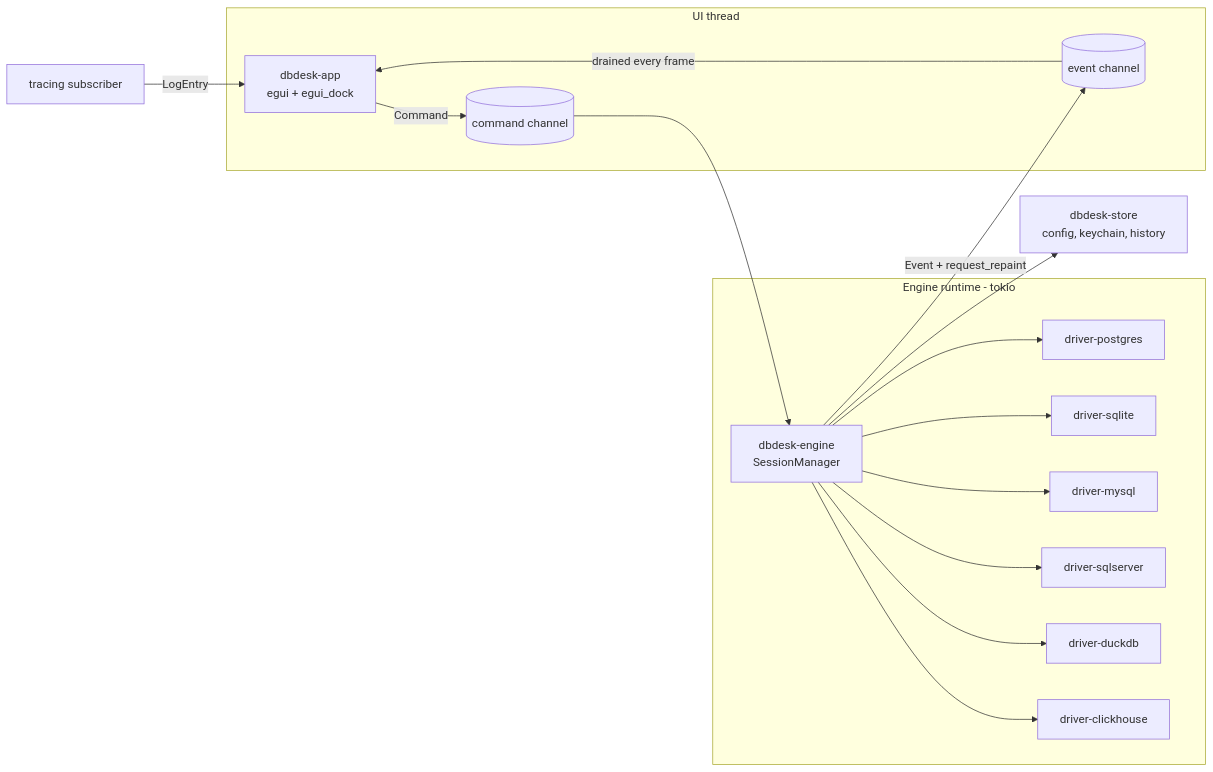
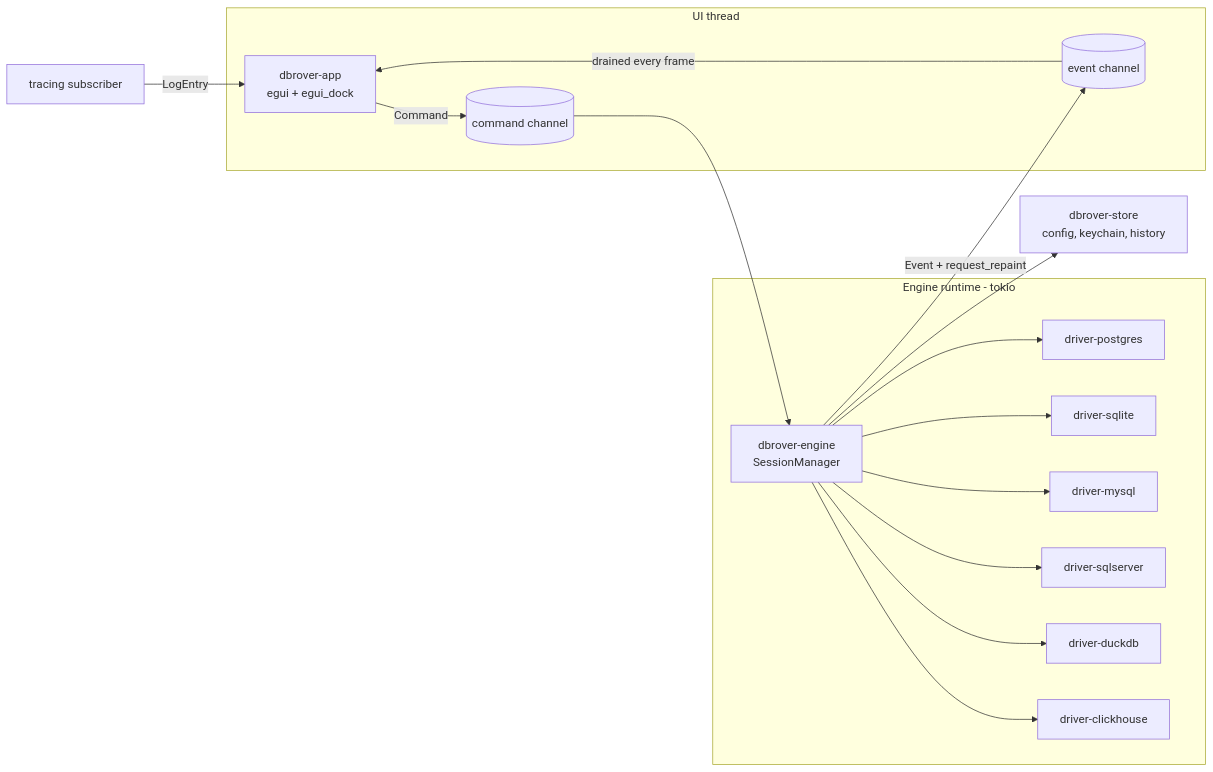
Before and after one commit to navasvarela/dbdesk: the diagram in docs/architecture.md, drawn with Mermaid. The commit also changed other lines of this file and 697 other files, not shown here.

````diff
--- a/docs/architecture.md
+++ b/docs/architecture.md
@@ -9,19 +9,19 @@
 ```mermaid
 flowchart LR
     subgraph UI thread
-        App[dbdesk-app<br/>egui + egui_dock] -->|Command| CmdTx[(command channel)]
+        App[dbrover-app<br/>egui + egui_dock] -->|Command| CmdTx[(command channel)]
         EvRx[(event channel)] -->|drained every frame| App
     end
     subgraph Engine runtime - tokio
-        CmdTx --> Engine[dbdesk-engine<br/>SessionManager]
+        CmdTx --> Engine[dbrover-engine<br/>SessionManager]
         Engine --> PG[driver-postgres]
         Engine --> SQ[driver-sqlite]
         Engine --> MY[driver-mysql]
         Engine --> MS[driver-sqlserver]
         Engine --> DK[driver-duckdb]
         Engine --> CH[driver-clickhouse]
         Engine -->|Event + request_repaint| EvRx
     end
-    Engine --> Store[dbdesk-store<br/>config, keychain, history]
+    Engine --> Store[dbrover-store<br/>config, keychain, history]
     Tracing[tracing subscriber] -->|LogEntry| App
 ```
````
